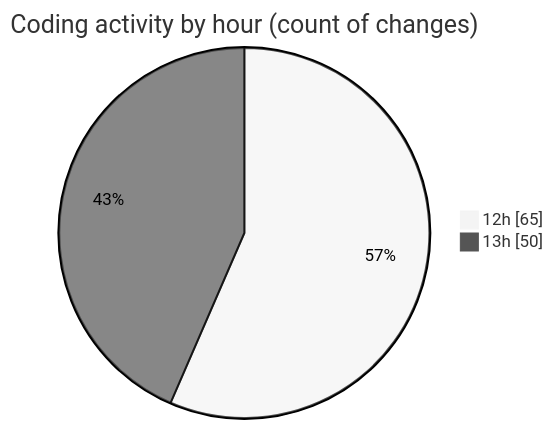
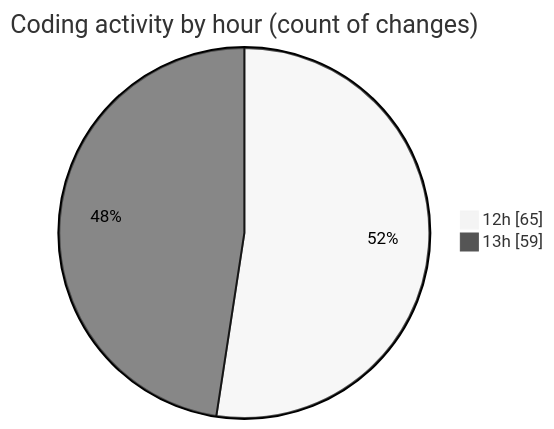
The second of 2 diagrams in 2025-07-19/eduwallet-main/README.md (lephambinh05/code-tracking), drawn with Mermaid (neutral theme) before and after one commit. The commit also changed other lines of this file and 1 other file, not shown here.

````diff
--- a/2025-07-19/eduwallet-main/README.md
+++ b/2025-07-19/eduwallet-main/README.md
@@ -83,6 +83,6 @@
 ```mermaid
 pie showData
 title Coding activity by hour (count of changes)
 "12h" : 65
-"13h" : 50
+"13h" : 59
 ```
````
